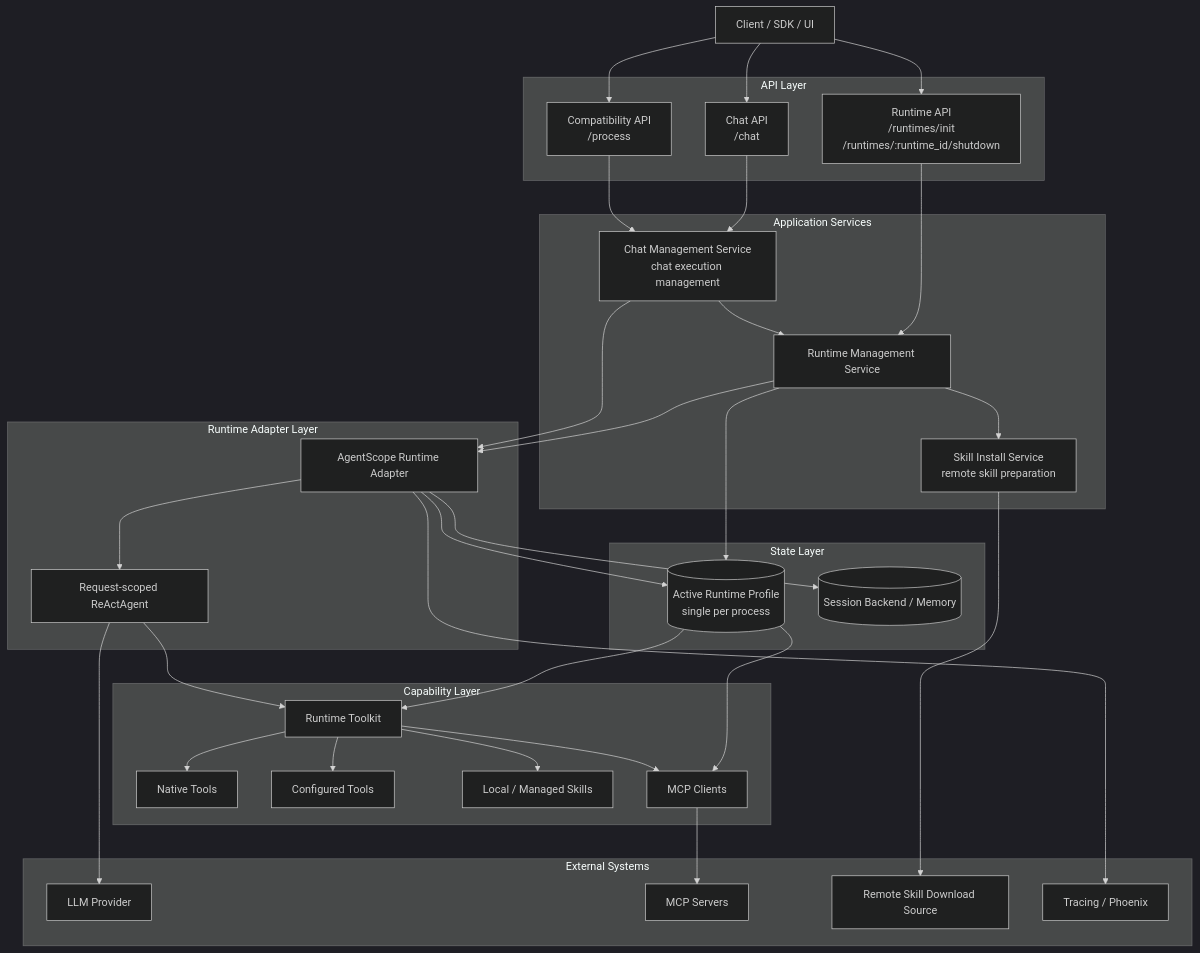
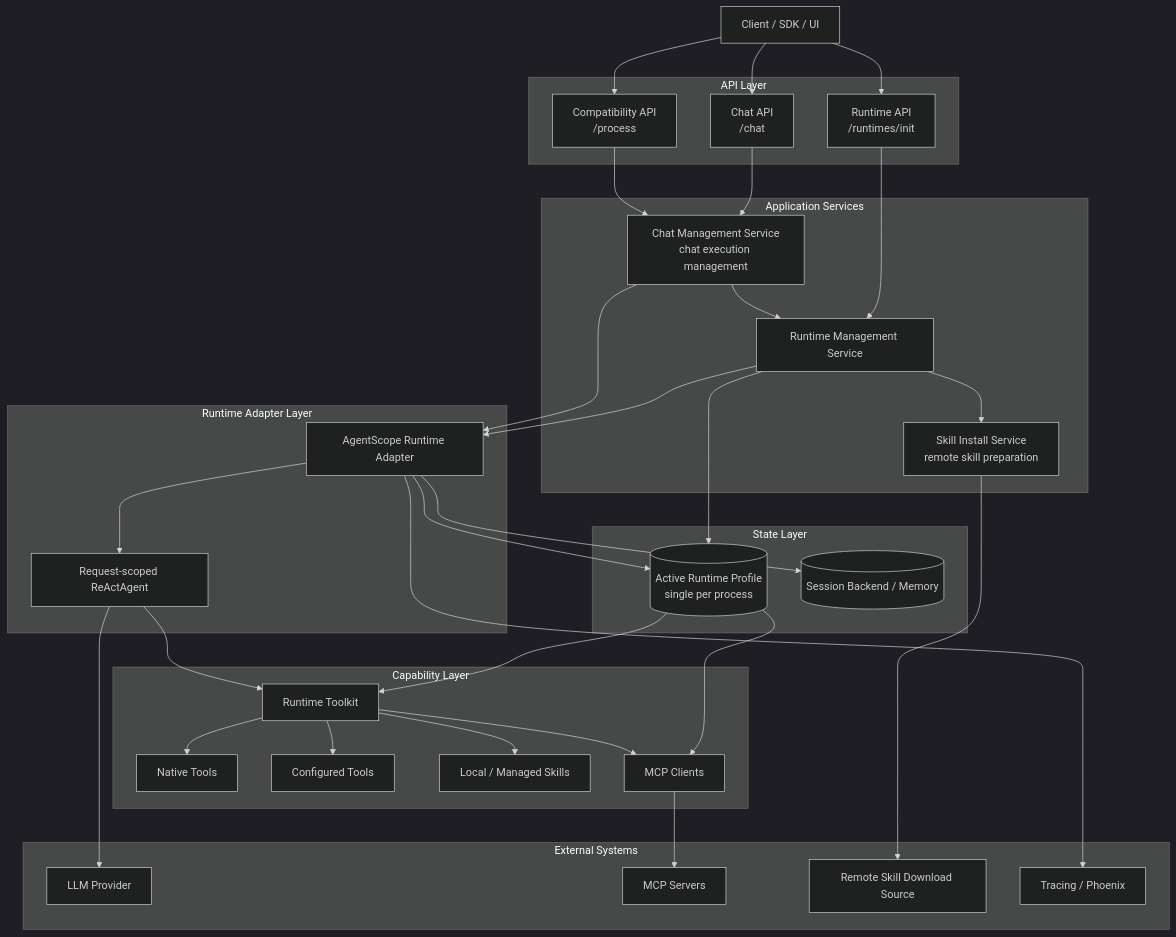
Before and after one commit to mooneclipsed/myagent: the first of 5 diagrams in docs/architecture.md, drawn with Mermaid (dark theme). The commit also changed 20 other files, not shown here.

Commit message:
refactor: rebuild runtime on init

````diff
--- a/docs/architecture.md
+++ b/docs/architecture.md
@@ -9,73 +9,73 @@
 ```mermaid
 flowchart TD
     Client[Client / SDK / UI]
 
     subgraph API[API Layer]
-        RuntimeAPI["Runtime API<br/>/runtimes/init<br/>/runtimes/:runtime_id/shutdown"]
+        RuntimeAPI["Runtime API<br/>/runtimes/init"]
         ChatAPI[Chat API<br/>/chat]
         ProcessAPI[Compatibility API<br/>/process]
     end
 
     subgraph App[Application Services]
         RuntimeService[Runtime Management Service]
         ChatService[Chat Management Service<br/>chat execution management]
         SkillInstallService[Skill Install Service<br/>remote skill preparation]
     end
 
     subgraph Runtime[Runtime Adapter Layer]
         AgentScopeRuntime[AgentScope Runtime Adapter]
         RequestAgent[Request-scoped ReActAgent]
     end
 
     subgraph Capabilities[Capability Layer]
         Toolkit[Runtime Toolkit]
         NativeTools[Native Tools]
         ConfigTools[Configured Tools]
         Skills[Local / Managed Skills]
         MCPClients[MCP Clients]
     end
 
     subgraph State[State Layer]
         RuntimeProfile[(Active Runtime Profile<br/>single per process)]
         SessionBackend[(Session Backend / Memory)]
     end
 
     subgraph External[External Systems]
         LLM[LLM Provider]
         MCPServers[MCP Servers]
         SkillStore[Remote Skill Download Source]
         Tracing[Tracing / Phoenix]
     end
 
     Client --> RuntimeAPI
     Client --> ChatAPI
     Client --> ProcessAPI
 
     RuntimeAPI --> RuntimeService
     ChatAPI --> ChatService
     ProcessAPI --> ChatService
 
     RuntimeService --> SkillInstallService
     RuntimeService --> AgentScopeRuntime
     RuntimeService --> RuntimeProfile
     SkillInstallService --> SkillStore
 
     ChatService --> RuntimeService
     ChatService --> AgentScopeRuntime
 
     AgentScopeRuntime --> RuntimeProfile
     AgentScopeRuntime --> RequestAgent
     AgentScopeRuntime --> SessionBackend
     AgentScopeRuntime --> Tracing
     RuntimeProfile --> Toolkit
     RuntimeProfile --> MCPClients
 
     Toolkit --> NativeTools
     Toolkit --> ConfigTools
     Toolkit --> Skills
     Toolkit --> MCPClients
     MCPClients --> MCPServers
 
     RequestAgent --> LLM
     RequestAgent --> Toolkit
 ```
````
